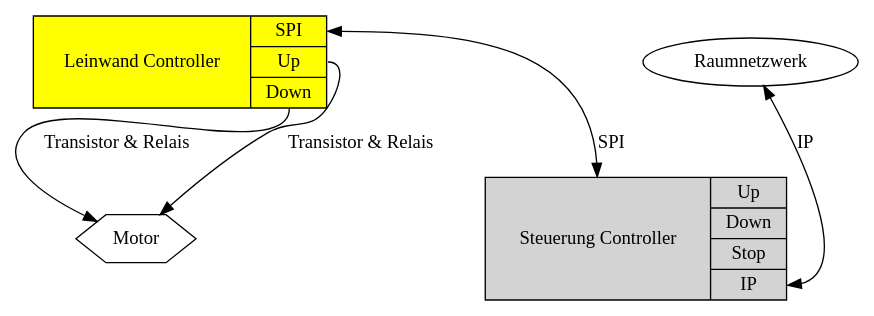
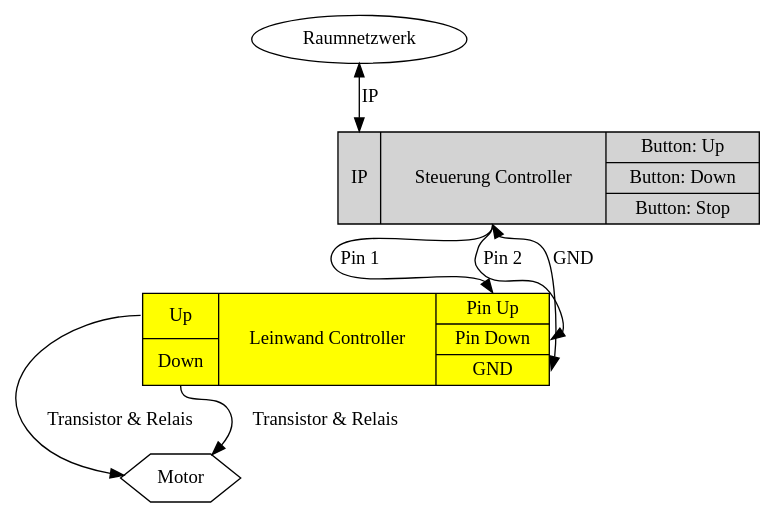
Before and after one commit to C3MA/MotorLeinwand: the diagram in doc/setup.dot, drawn with Graphviz. The commit also changed 2 other files, not shown here.

Commit message:
New concept using pins to controll the LW controller

```diff
--- a/doc/setup.dot
+++ b/doc/setup.dot
@@ -1,19 +1,21 @@
 digraph Setup {
 
-nodesep=1.2
+nodesep=0.9
 node	[shape=record style=filled];
 
-LW 	[ label="<f0> Leinwand Controller | { <spi> SPI | <up> Up | <down> Down }" fillcolor=yellow ];
-Cont	[ label="<f0> Steuerung Controller|{ <up> Up|<down> Down|<stop> Stop| <ip> IP }" ];
+LW 	[ label="{ <up> Up | <down> Down } | <f0> Leinwand Controller | { <pin1> Pin Up | <pin2> Pin Down | <pin3> GND } " fillcolor=yellow ];
+Cont	[ label="<ip> IP | <f0> Steuerung Controller|{ <up> Button: Up|<down> Button: Down|<stop> Button: Stop }" ];
 Motor	[ label="Motor" shape=hexagon style=solid];
 Raum	[ label="Raumnetzwerk" shape=oval style=solid];
 
-LW:spi->Cont:f0 [ label="SPI", dir="both" ];
+Cont:f0->LW:pin1 [ label="Pin 1" ];
+Cont:f0->LW:pin2 [ label="Pin 2" ];
+Cont:f0->LW:pin3 [ label="GND" , dir="both" ];
 //Cont:f0->LW:spi;
 LW:up->Motor [ label="Transistor & Relais" ];
 LW:down->Motor [ label="Transistor & Relais" ];
 
 //Cont:ip->Raum:f0 [ label="IP" ];
 Raum->Cont:ip [ label="IP", dir="both" ];
 
 }
```
